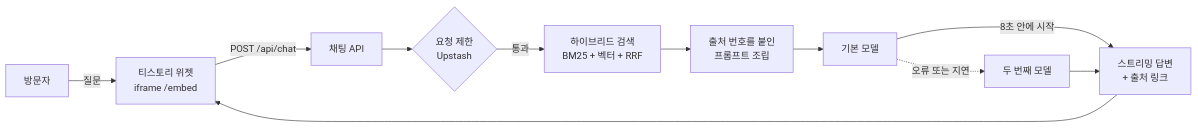
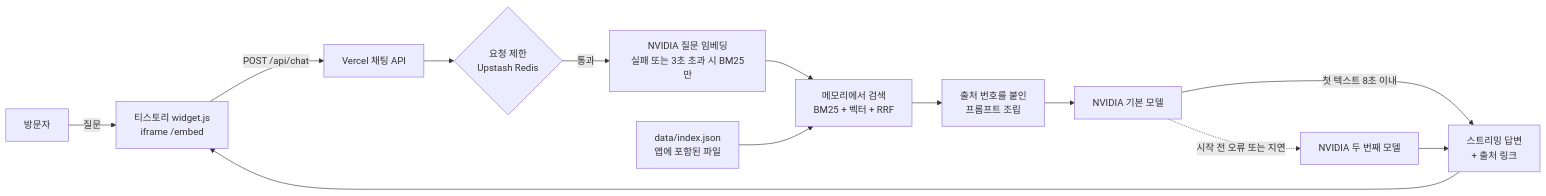
Before and after one commit to hyunolike/blog-agent: the first of 2 diagrams in README.md, drawn with Mermaid. The commit also changed other lines of this file and 2 other files, not shown here.

Commit message:
docs: 배포 구조도 추가 및 README 현행화 (#3)

````diff
--- a/README.md
+++ b/README.md
@@ -90,13 +105,15 @@
 ```mermaid
 flowchart LR
-    U[방문자] -->|질문| W[티스토리 위젯<br>iframe /embed]
-    W -->|POST /api/chat| A[채팅 API]
-    A --> L{요청 제한<br>Upstash}
-    L -->|통과| S[하이브리드 검색<br>BM25 + 벡터 + RRF]
+    U[방문자] -->|질문| W[티스토리 widget.js<br>iframe /embed]
+    W -->|POST /api/chat| A[Vercel 채팅 API]
+    A --> L{요청 제한<br>Upstash Redis}
+    L -->|통과| E[NVIDIA 질문 임베딩<br>실패 또는 3초 초과 시 BM25만]
+    E --> S[메모리에서 검색<br>BM25 + 벡터 + RRF]
+    I[data/index.json<br>앱에 포함된 파일] --> S
     S --> P[출처 번호를 붙인<br>프롬프트 조립]
-    P --> F[기본 모델]
-    F -->|8초 안에 시작| R[스트리밍 답변<br>+ 출처 링크]
-    F -.->|오류 또는 지연| D[두 번째 모델]
+    P --> F[NVIDIA 기본 모델]
+    F -->|첫 텍스트 8초 이내| R[스트리밍 답변<br>+ 출처 링크]
+    F -.->|시작 전 오류 또는 지연| D[NVIDIA 두 번째 모델]
     D --> R
     R --> W
 ```
````
